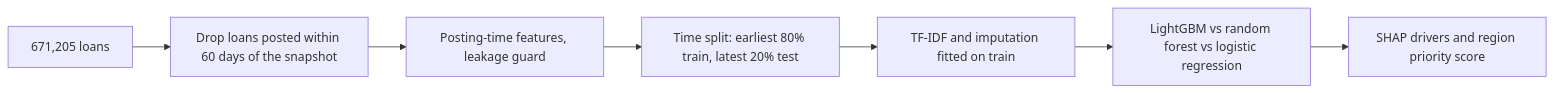
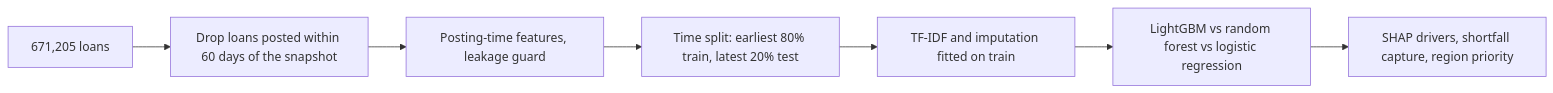
One commit to alvenyuka/Kiva-Loans-Microfinance-Analytics changed the diagram in README.md. Above: the diagram before and after it, drawn with Mermaid. The commit also changed other lines of this file and 5 other files, not shown here.

````diff
--- a/README.md
+++ b/README.md
@@ -49,9 +53,9 @@
 ```mermaid
 flowchart LR
     A[671,205 loans] --> B[Drop loans posted within 60 days of the snapshot]
     B --> C[Posting-time features, leakage guard]
     C --> D[Time split: earliest 80% train, latest 20% test]
     D --> E[TF-IDF and imputation fitted on train]
     E --> F[LightGBM vs random forest vs logistic regression]
-    F --> G[SHAP drivers and region priority score]
+    F --> G[SHAP drivers, shortfall capture, region priority]
 ```
````
